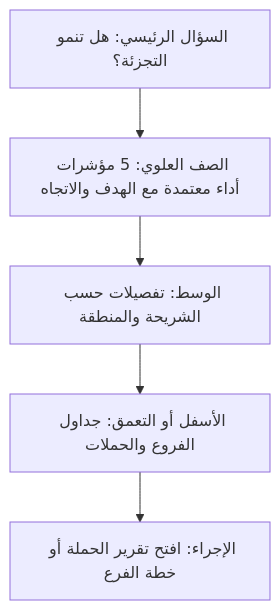
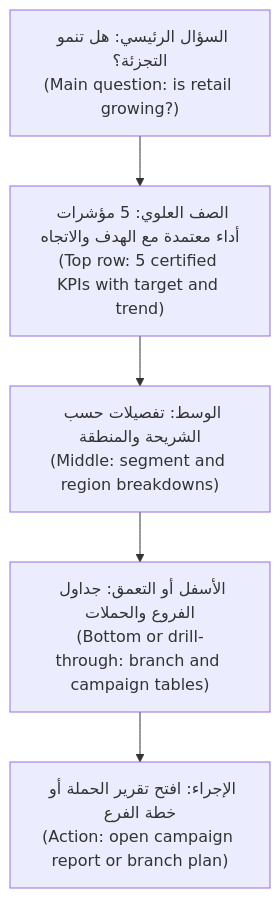
One commit to Tamoura/system-design-for-vibe-coders changed the second of 3 diagrams in data/modules/04-analytics.ar.md. Above: the diagram before and after it, drawn with Mermaid. The commit also changed other lines of this file and 20 other files, not shown here.

First line of the commit message:
New courses: Arabic diagrams read right-to-left with English labels (modules 0–6)

````diff
--- a/data/modules/04-analytics.ar.md
+++ b/data/modules/04-analytics.ar.md
@@ -358,7 +358,7 @@
 ```mermaid
 flowchart TD
-    Q["السؤال الرئيسي: هل تنمو التجزئة؟"] --> K["الصف العلوي: 5 مؤشرات أداء معتمدة مع الهدف والاتجاه"]
-    K --> B["الوسط: تفصيلات حسب الشريحة والمنطقة"]
-    B --> T["الأسفل أو التعمق: جداول الفروع والحملات"]
-    T --> A["الإجراء: افتح تقرير الحملة أو خطة الفرع"]
+    Q["السؤال الرئيسي: هل تنمو التجزئة؟<br/>(Main question: is retail growing?)"] --> K["الصف العلوي: 5 مؤشرات أداء معتمدة مع الهدف والاتجاه<br/>(Top row: 5 certified KPIs with target and trend)"]
+    K --> B["الوسط: تفصيلات حسب الشريحة والمنطقة<br/>(Middle: segment and region breakdowns)"]
+    B --> T["الأسفل أو التعمق: جداول الفروع والحملات<br/>(Bottom or drill-through: branch and campaign tables)"]
+    T --> A["الإجراء: افتح تقرير الحملة أو خطة الفرع<br/>(Action: open campaign report or branch plan)"]
 ```
````
